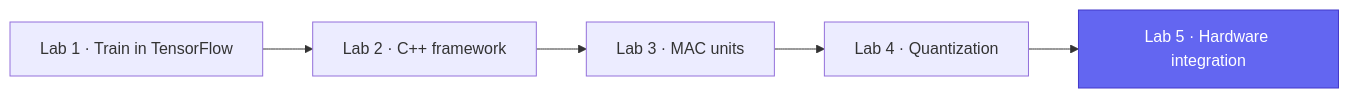
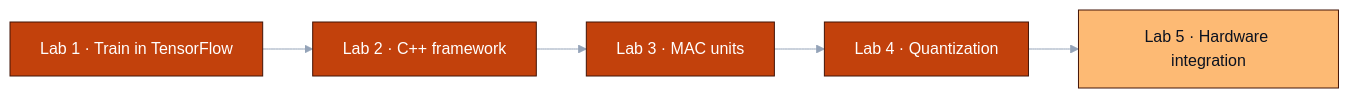
The first of 2 diagrams in README.md (devjwk/cpre487lab5), drawn with Mermaid before and after one commit. The commit also changed other lines of this file and 1 other file, not shown here.

Commit message:
Add concept banner and color theme to README

````diff
--- a/README.md
+++ b/README.md
@@ -48,5 +44,6 @@
 ```mermaid
+%%{init: {"theme": "base", "themeVariables": {"primaryColor": "#C2410C", "primaryTextColor": "#ffffff", "primaryBorderColor": "#431407", "lineColor": "#94A3B8", "secondaryColor": "#C2410C", "tertiaryColor": "#431407", "clusterBkg": "#F8FAFC", "clusterBorder": "#94A3B8", "edgeLabelBackground": "#F1F5F9", "fontFamily": "ui-sans-serif, system-ui, sans-serif"}}}%%
 flowchart LR
     L1["Lab 1 · Train in TensorFlow"] --> L2["Lab 2 · C++ framework"] --> L3["Lab 3 · MAC units"] --> L4["Lab 4 · Quantization"] --> L5["Lab 5 · Hardware integration"]
-    style L5 fill:#6366F1,color:#ffffff,stroke:#4338CA
+    style L5 fill:#FDBA74,color:#0B1220,stroke:#431407
 ```
````
